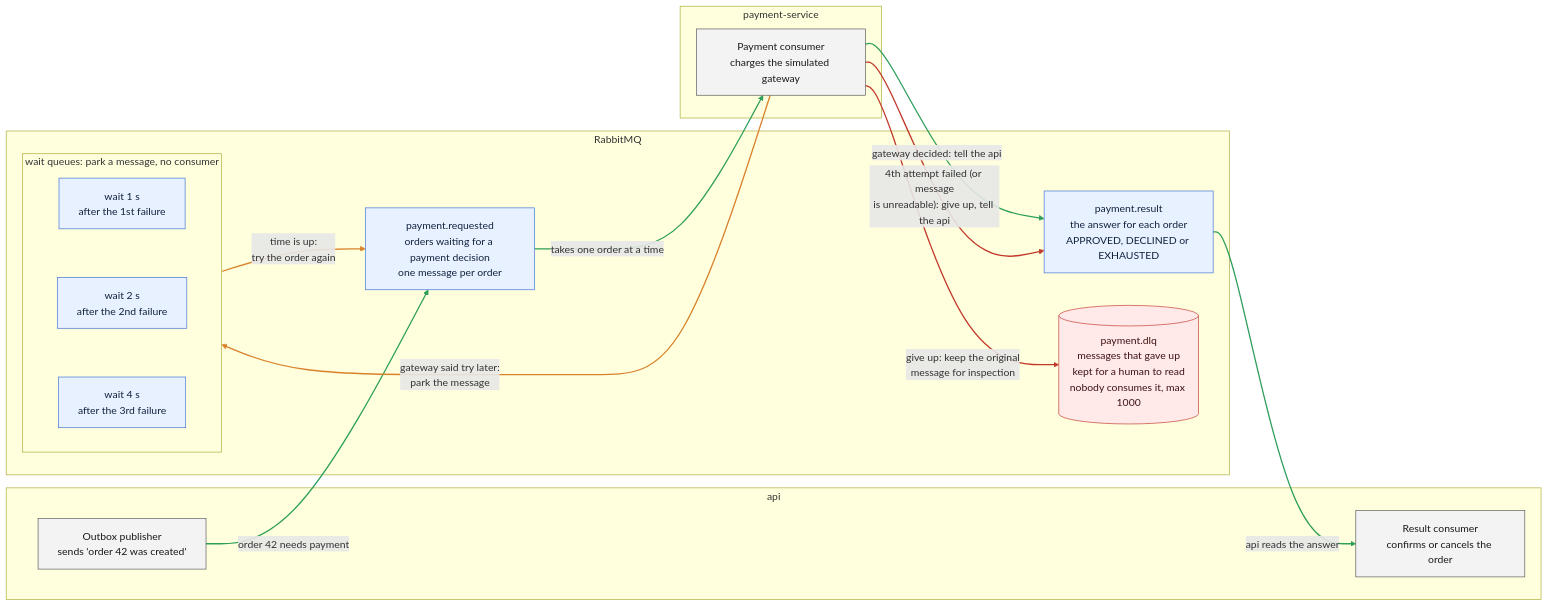
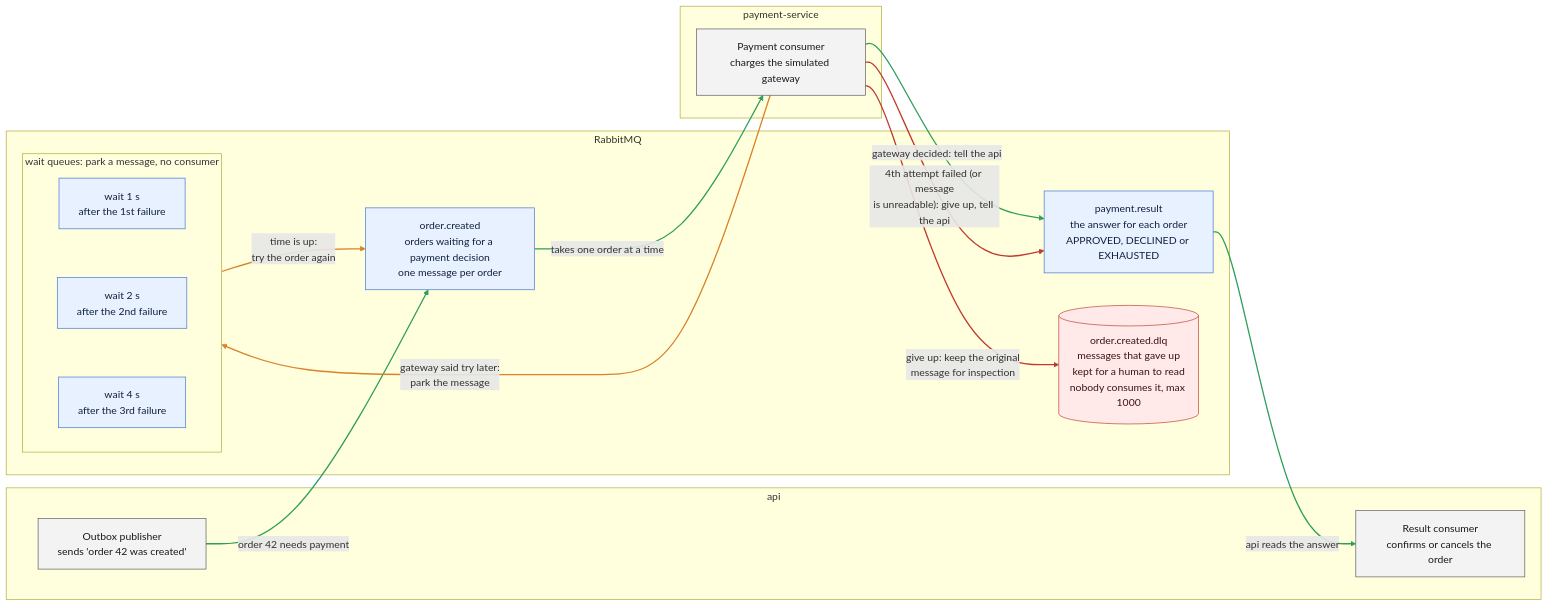
The second of 4 diagrams in docs/adr/0001-payment-retry-and-dlq-policy.md (Serg-Ale/stockrush), drawn with Mermaid before and after one commit. The commit also changed other lines of this file and 2 other files, not shown here.

````diff
--- a/docs/adr/0001-payment-retry-and-dlq-policy.md
+++ b/docs/adr/0001-payment-retry-and-dlq-policy.md
@@ -104,42 +104,42 @@
 ```mermaid
 flowchart LR
     subgraph api["api"]
         OB["Outbox publisher<br/>sends 'order 42 was created'"]
         RC["Result consumer<br/>confirms or cancels the order"]
     end
     subgraph rmq["RabbitMQ"]
-        Q["payment.requested<br/>orders waiting for a payment decision<br/>one message per order"]
+        Q["order.created<br/>orders waiting for a payment decision<br/>one message per order"]
         subgraph WQ["wait queues: park a message, no consumer"]
             W1["wait 1 s<br/>after the 1st failure"]
             W2["wait 2 s<br/>after the 2nd failure"]
             W3["wait 4 s<br/>after the 3rd failure"]
         end
         R["payment.result<br/>the answer for each order<br/>APPROVED, DECLINED or EXHAUSTED"]
-        DLQ[("payment.dlq<br/>messages that gave up<br/>kept for a human to read<br/>nobody consumes it, max 1000")]
+        DLQ[("order.created.dlq<br/>messages that gave up<br/>kept for a human to read<br/>nobody consumes it, max 1000")]
     end
     subgraph pay["payment-service"]
         C["Payment consumer<br/>charges the simulated gateway"]
     end
 
     OB -->|"order 42 needs payment"| Q
     Q -->|"takes one order at a time"| C
     C -->|"gateway decided: tell the api"| R
     C -->|"gateway said try later:<br/>park the message"| WQ
     WQ -->|"time is up:<br/>try the order again"| Q
     C -->|"4th attempt failed (or message<br/>is unreadable): give up, tell the api"| R
     C -->|"give up: keep the original<br/>message for inspection"| DLQ
     R -->|"api reads the answer"| RC
 
     classDef queue fill:#e8f1ff,stroke:#3b6fd4,color:#12233f
     classDef dead fill:#ffe9e9,stroke:#c0392b,color:#3f1212
     classDef svc fill:#f3f3f3,stroke:#555,color:#1a1a1a
     class Q,R,W1,W2,W3 queue
     class DLQ dead
     class OB,RC,C svc
 
     linkStyle 0,1,2,7 stroke:#2e9e5b,stroke-width:2px
     linkStyle 3,4 stroke:#d9822b,stroke-width:2px
     linkStyle 5,6 stroke:#c0392b,stroke-width:2px
     W1 ~~~ W2
     W2 ~~~ W3
 ```
````
